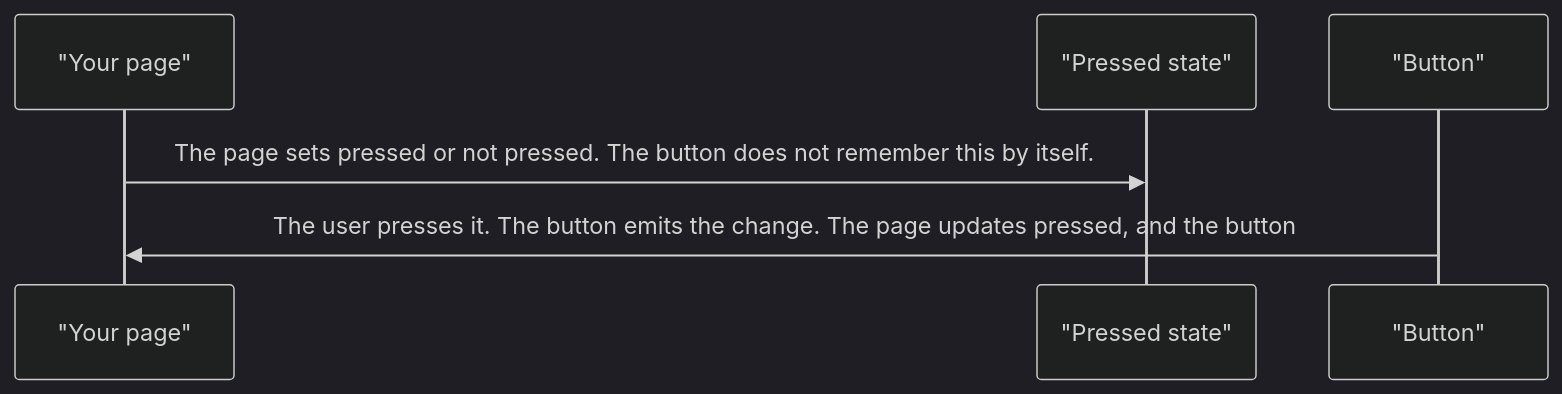
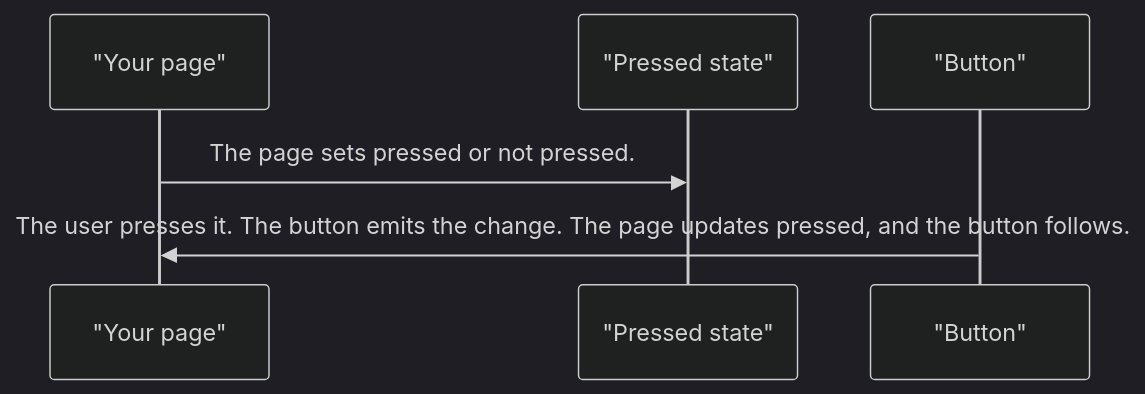
Before and after one commit to RajshekharBorate/pixel-ui: the sixth of 8 diagrams in projects/pixel-ui/src/lib/pixel-button/DESIGN.md, drawn with Mermaid (dark theme). The commit also changed other lines of this file and 80 other files, not shown here.

Commit message:
Fill missing design flows and correct the stories that did not match component behavior.

````diff
--- a/projects/pixel-ui/src/lib/pixel-button/DESIGN.md
+++ b/projects/pixel-ui/src/lib/pixel-button/DESIGN.md
@@ -119,8 +125,8 @@
 ```mermaid
 sequenceDiagram
   participant page as "Your page"
   participant toggle as "Pressed state"
   participant button as "Button"
-  page->>toggle: The page sets pressed or not pressed. The button does not remember this by itself.
-  button->>page: The user presses it. The button emits the change. The page updates pressed, and the button
+  page->>toggle: The page sets pressed or not pressed.
+  button->>page: The user presses it. The button emits the change. The page updates pressed, and the button follows.
 ```
````
